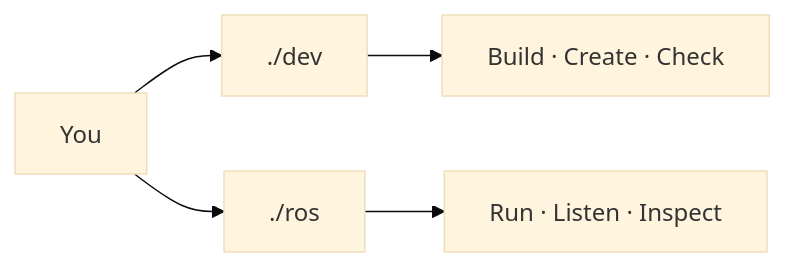
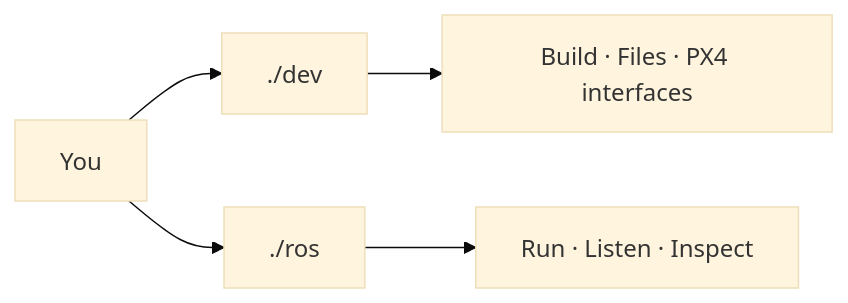
The first of 2 diagrams in README.md (brutalstein/ros2), drawn with Mermaid (base theme) before and after one commit. The commit also changed other lines of this file and 5 other files, not shown here.

````diff
--- a/README.md
+++ b/README.md
@@ -17,7 +18,7 @@
 ```mermaid
 flowchart LR
     YOU[You] --> DEV[./dev]
     YOU --> ROS[./ros]
-    DEV --> BUILD[Build · Create · Check]
+    DEV --> BUILD[Build · Files · PX4 interfaces]
     ROS --> GRAPH[Run · Listen · Inspect]
 ```
````
